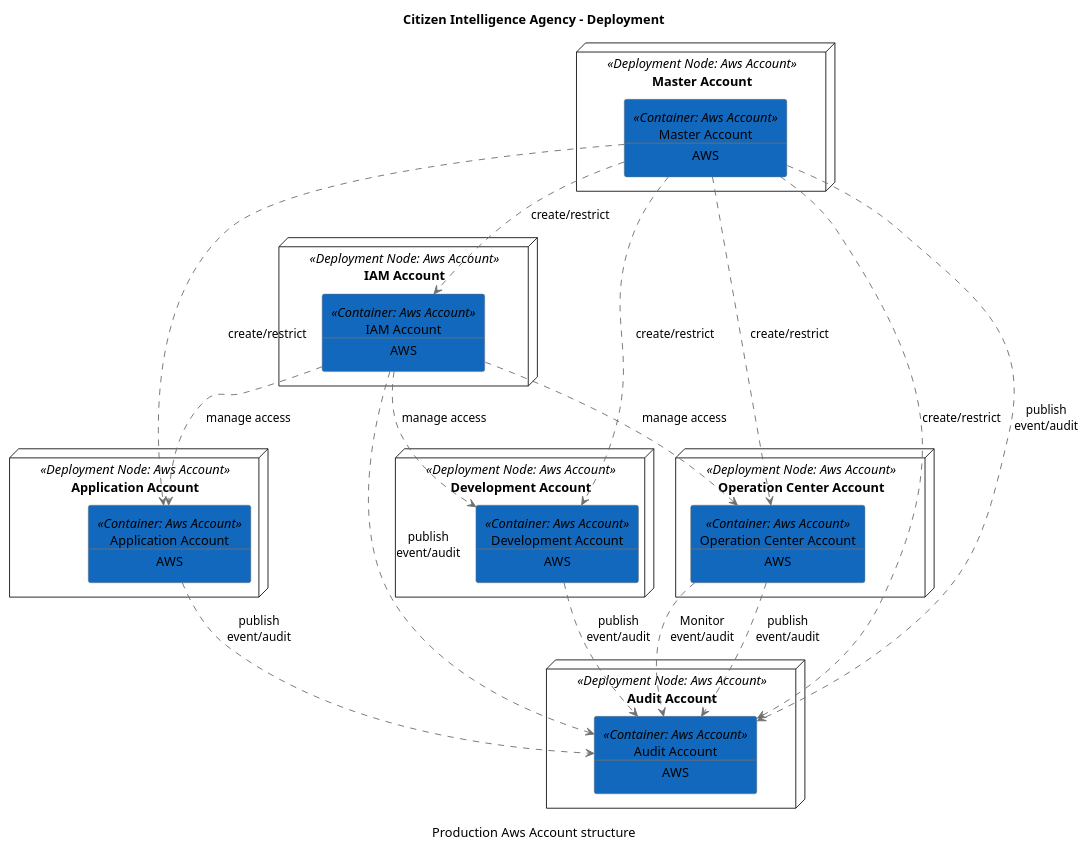
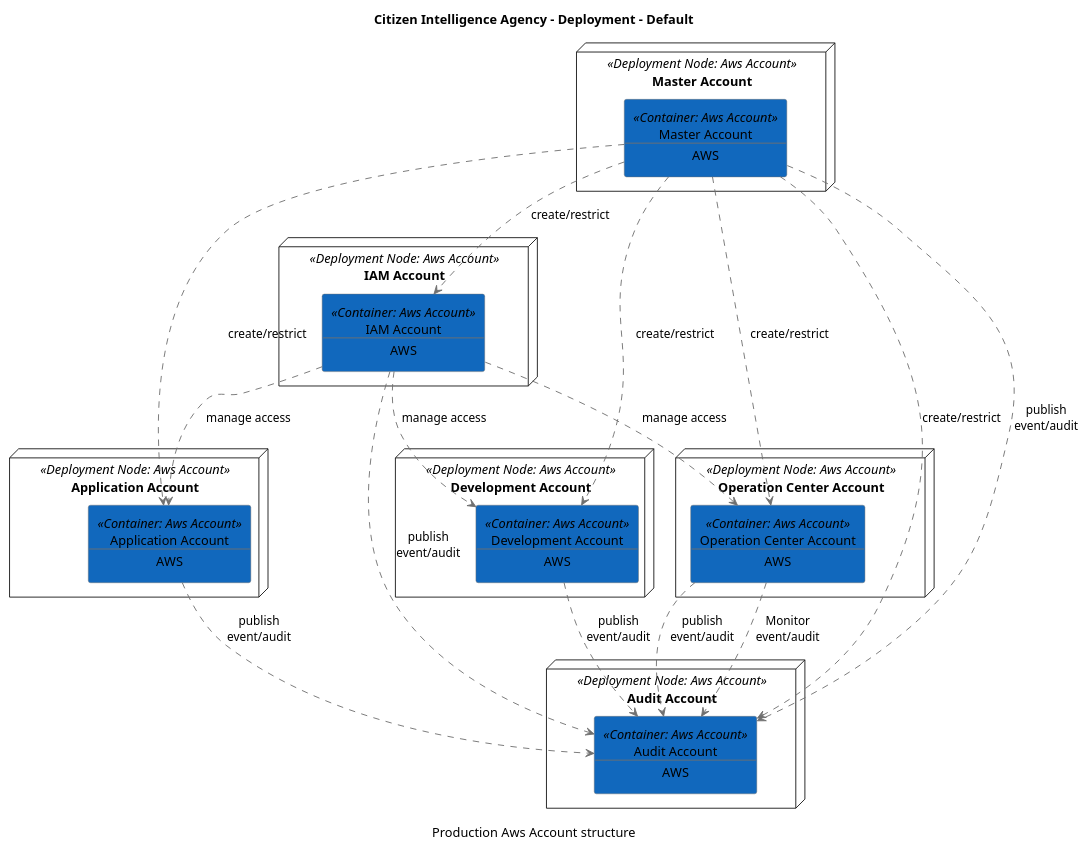
One commit to Hack23/cia changed the diagram in architecture/Citizen-Intelligence-Agency-Prod-Aws-Account-Structure.pu. Above: the diagram before and after it, drawn with PlantUML. The commit also changed 2604 other files, not shown here.

```diff
--- a/architecture/Citizen-Intelligence-Agency-Prod-Aws-Account-Structure.pu
+++ b/architecture/Citizen-Intelligence-Agency-Prod-Aws-Account-Structure.pu
@@ -1,73 +1,73 @@
 @startuml(id="Production_Aws_Account_structure")
-title Citizen Intelligence Agency - Deployment
+title Citizen Intelligence Agency - Deployment - Default
 caption "Production Aws Account structure"
 
 skinparam {
   shadowing false
   arrowColor #707070
   actorBorderColor #707070
   componentBorderColor #707070
   rectangleBorderColor #707070
   noteBackgroundColor #ffffff
   noteBorderColor #707070
   defaultTextAlignment center
   wrapWidth 200
   maxMessageSize 100
 }
 node "Application Account" <<Deployment Node: Aws Account>> as 12 {
   rectangle 34 <<Container: Aws Account>> #1168bd [
     Application Account
     --
     AWS
   ]
 }
 node "Audit Account" <<Deployment Node: Aws Account>> as 10 {
   rectangle 30 <<Container: Aws Account>> #1168bd [
     Audit Account
     --
     AWS
   ]
 }
 node "Development Account" <<Deployment Node: Aws Account>> as 6 {
   rectangle 29 <<Container: Aws Account>> #1168bd [
     Development Account
     --
     AWS
   ]
 }
 node "IAM Account" <<Deployment Node: Aws Account>> as 4 {
   rectangle 36 <<Container: Aws Account>> #1168bd [
     IAM Account
     --
     AWS
   ]
 }
 node "Master Account" <<Deployment Node: Aws Account>> as 2 {
   rectangle 41 <<Container: Aws Account>> #1168bd [
     Master Account
     --
     AWS
   ]
 }
 node "Operation Center Account" <<Deployment Node: Aws Account>> as 8 {
   rectangle 28 <<Container: Aws Account>> #1168bd [
     Operation Center Account
     --
     AWS
   ]
 }
 34 .[#707070].> 30 : publish event/audit
 29 .[#707070].> 30 : publish event/audit
 36 .[#707070].> 34 : manage access
 36 .[#707070].> 30 : publish event/audit
 36 .[#707070].> 29 : manage access
 36 .[#707070].> 28 : manage access
 41 .[#707070].> 34 : create/restrict
 41 .[#707070].> 30 : create/restrict
 41 .[#707070].> 30 : publish event/audit
 41 .[#707070].> 29 : create/restrict
 41 .[#707070].> 36 : create/restrict
 41 .[#707070].> 28 : create/restrict
+28 .[#707070].> 30 : Monitor event/audit
 28 .[#707070].> 30 : publish event/audit
-28 .[#707070].> 30 : Monitor event/audit
 @enduml
```
